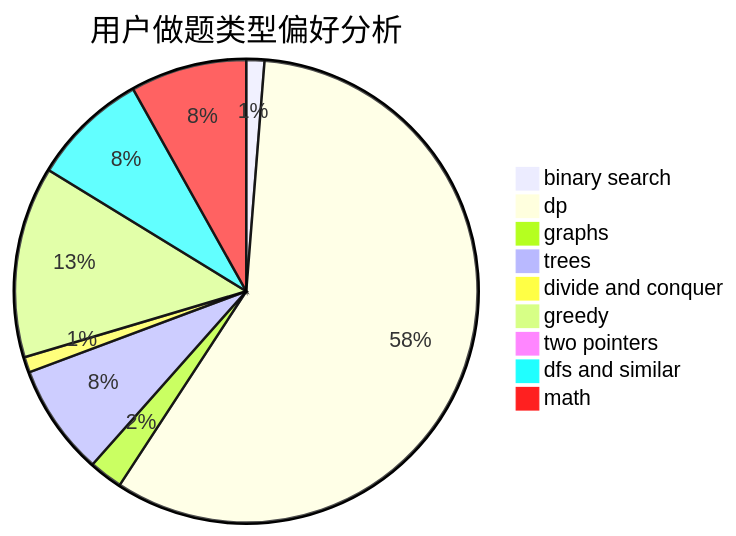
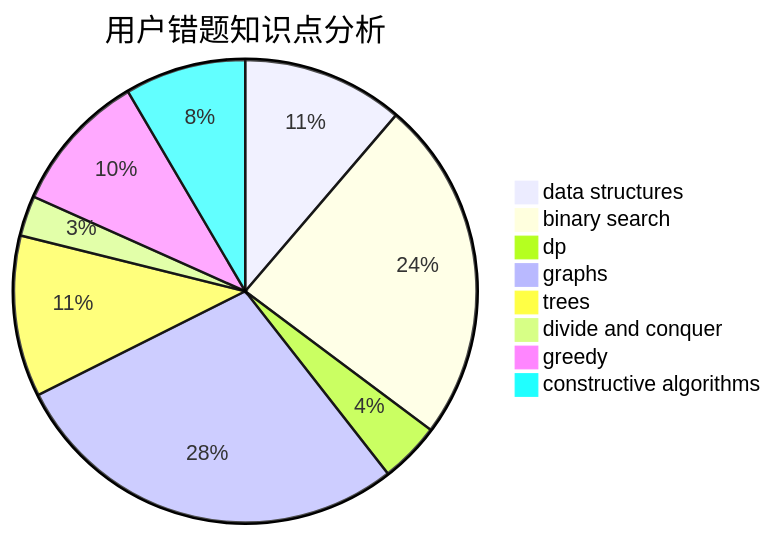
One commit to sherpahu/cfrs.github.io changed the third of 3 diagrams in docs/user/u1438.md. Above: the diagram before and after it, drawn with Mermaid. The commit also changed other lines of this file and 2775 other files, not shown here.

````diff
--- a/docs/user/u1438.md
+++ b/docs/user/u1438.md
@@ -23,12 +36,11 @@
 ```mermaid
-pie title 用户做题类型偏好分析
-    "binary search" :  7
-    "dp" :  321
-    "graphs" :  13
-    "trees" :  43
-    "divide and conquer" :  6
-    "greedy" :  74
-    "two pointers" :  4
-    "dfs and similar" :  45
-    "math" :  45
+pie title 用户错题知识点分析
+    "data structures" :  8
+    "binary search" :  17
+    "dp" :  3
+    "graphs" :  20
+    "trees" :  8
+    "divide and conquer" :  2
+    "greedy" :  7
+    "constructive algorithms" :  6
 ```
````
